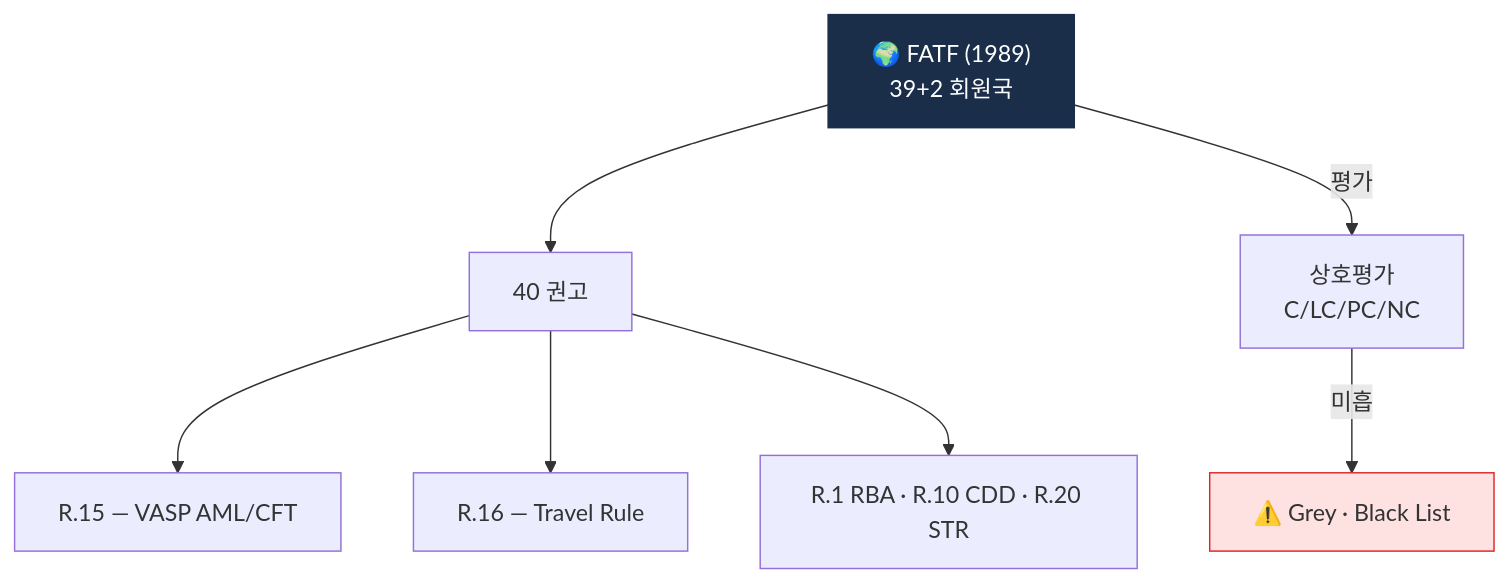
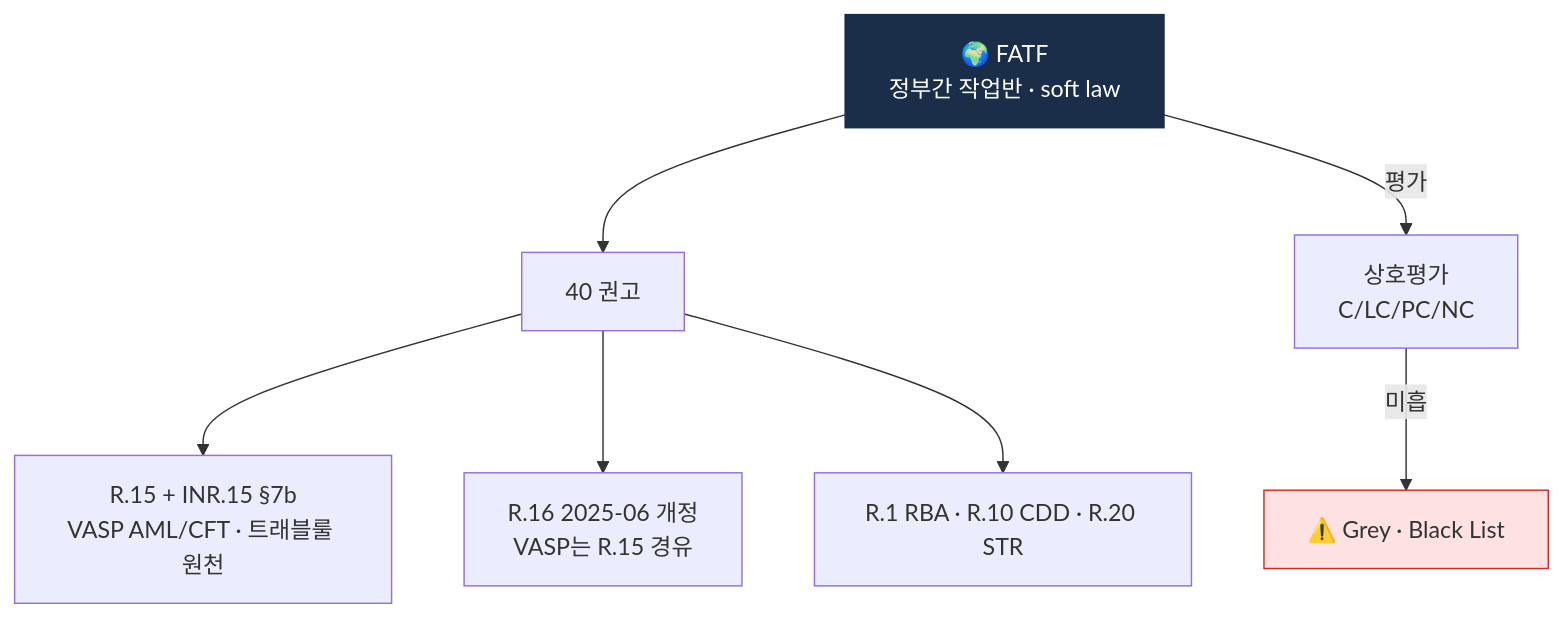
The first of 3 diagrams in curriculum/day_15.md (lala-david/aml-notes), drawn with Mermaid before and after one commit. The commit also changed other lines of this file and 233 other files, not shown here.

````diff
--- a/curriculum/day_15.md
+++ b/curriculum/day_15.md
@@ -13,11 +13,11 @@
 ```mermaid
 flowchart TB
-    F["🌍 FATF (1989)<br/>39+2 회원국"] --> R["40 권고"]
-    R --> R15["R.15 — VASP AML/CFT"]
-    R --> R16["R.16 — Travel Rule"]
+    F["🌍 FATF<br/>정부간 작업반 · soft law"] --> R["40 권고"]
+    R --> R15["R.15 + INR.15 §7b<br/>VASP AML/CFT · 트래블룰 원천"]
+    R --> R16["R.16 2025-06 개정<br/>VASP는 R.15 경유"]
     R --> RO["R.1 RBA · R.10 CDD · R.20 STR"]
     F -->|평가| ME["상호평가<br/>C/LC/PC/NC"]
     ME -->|미흡| BL["⚠️ Grey · Black List"]
     style F fill:#1a2e4a,color:#fff,stroke:#1a2e4a
     style BL fill:#fee2e2,stroke:#dc2626
 ```
````
